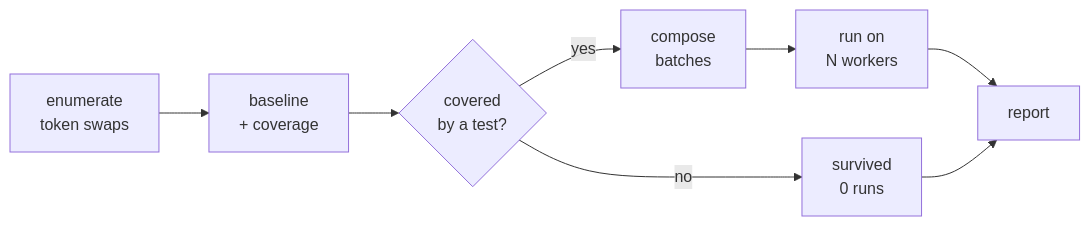
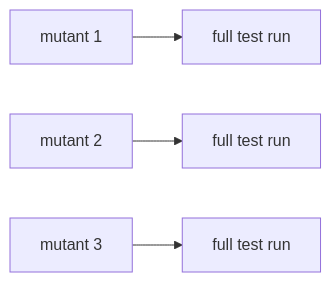
Before and after one commit to kvandeh/Angelo: the first of 2 diagrams in docs/index.md, drawn with Mermaid. The commit also changed other lines of this file and 26 other files, not shown here.

````diff
--- a/docs/index.md
+++ b/docs/index.md
@@ -25,10 +71,6 @@
 ```mermaid
 flowchart LR
-    A[enumerate<br/>token swaps] --> B[baseline<br/>+ coverage]
-    B --> C{covered<br/>by a test?}
-    C -->|no| D[survived<br/>0 runs]
-    C -->|yes| E[compose<br/>batches]
-    E --> F[run on<br/>N workers]
-    F --> G[report]
-    D --> G
+    M1[mutant 1] --> R1[full test run]
+    M2[mutant 2] --> R2[full test run]
+    M3[mutant 3] --> R3[full test run]
 ```
````
